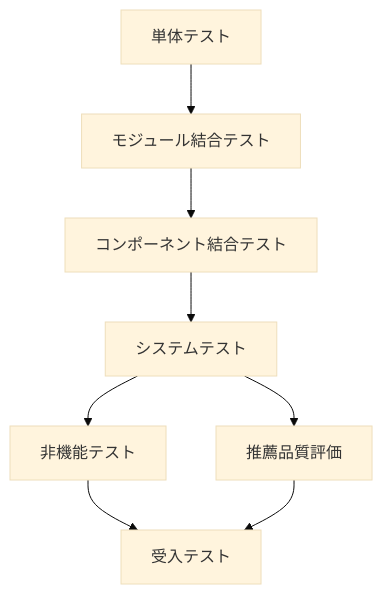
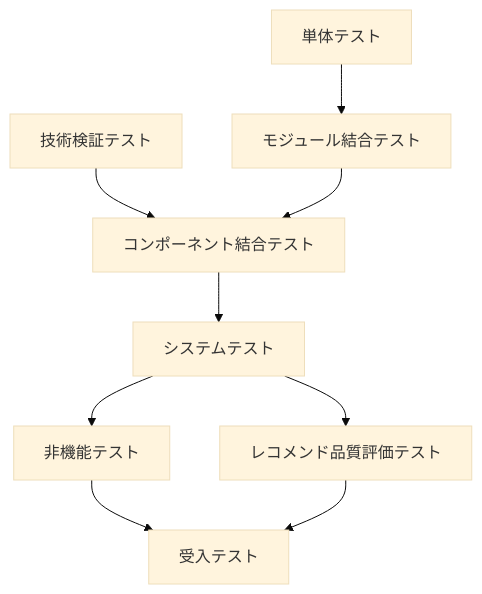
One commit to ryo-chan-k6/GiftRecommendAPP_MVP_CYCLE_3 changed the diagram in docs/05_アプリケーション設計/テスト/テスト方針書.md. Above: the diagram before and after it, drawn with Mermaid (base theme). The commit also changed other lines of this file, not shown here.

````diff
--- a/docs/05_アプリケーション設計/テスト/テスト方針書.md
+++ b/docs/05_アプリケーション設計/テスト/テスト方針書.md
@@ -207,10 +127,11 @@
 ```mermaid
 flowchart TD
-    A[単体テスト] --> B[モジュール結合テスト]
-    B --> C[コンポーネント結合テスト]
-    C --> D[システムテスト]
-    D --> E[非機能テスト]
-    D --> F[推薦品質評価]
-    E --> G[受入テスト]
-    F --> G
+    A[技術検証テスト] --> C[コンポーネント結合テスト]
+    B[単体テスト] --> D[モジュール結合テスト]
+    D --> C
+    C --> E[システムテスト]
+    E --> F[非機能テスト]
+    E --> G[レコメンド品質評価テスト]
+    F --> H[受入テスト]
+    G --> H
 ```
````
